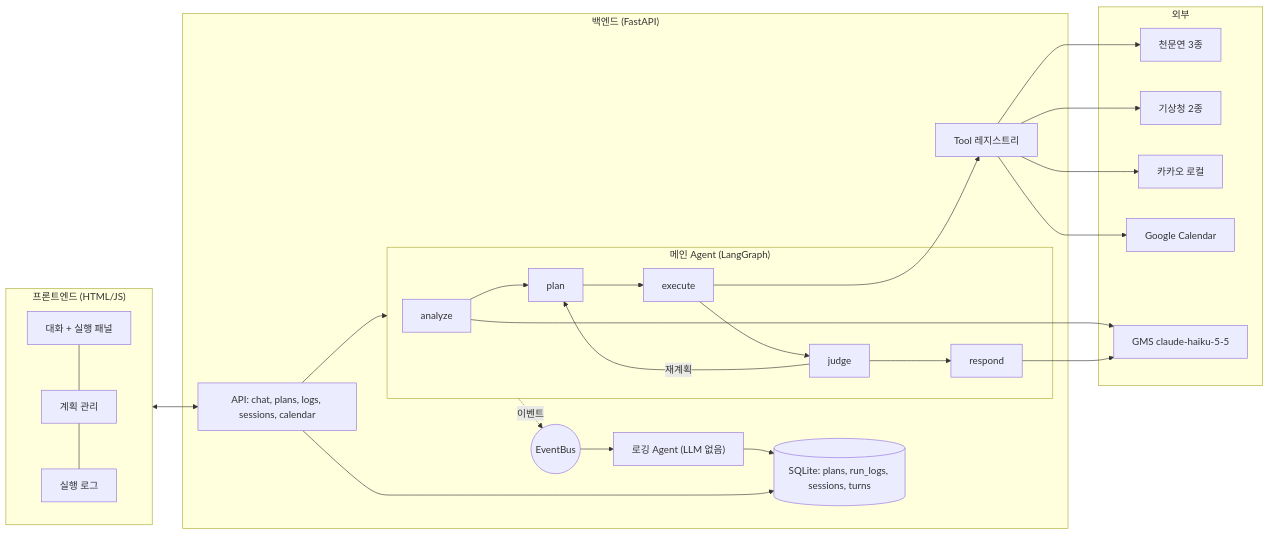
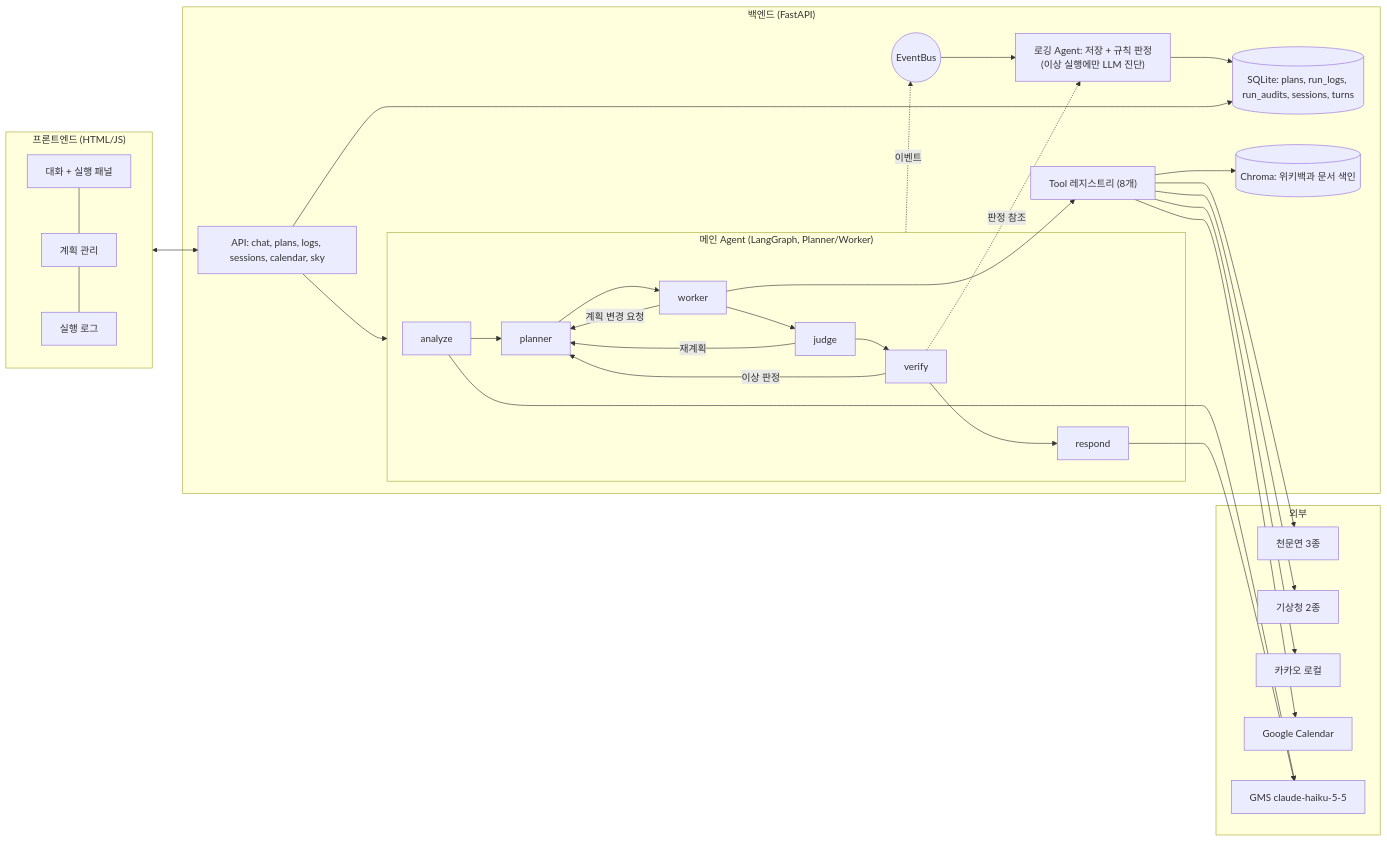
The diagram in README.md (bnbong/Astrowatch), drawn with Mermaid before and after one commit. The commit also changed other lines of this file and 91 other files, not shown here.

````diff
--- a/README.md
+++ b/README.md
@@ -82,29 +116,34 @@
 ```mermaid
 flowchart LR
   subgraph FE["프론트엔드 (HTML/JS)"]
     C["대화 + 실행 패널"] --- P["계획 관리"] --- L["실행 로그"]
   end
   subgraph BE["백엔드 (FastAPI)"]
-    API["API: chat, plans, logs, sessions, calendar"]
-    subgraph AG["메인 Agent (LangGraph)"]
-      A[analyze] --> PL[plan] --> E[execute] --> J[judge] --> R[respond]
+    API["API: chat, plans, logs, sessions, calendar, sky"]
+    subgraph AG["메인 Agent (LangGraph, Planner/Worker)"]
+      A[analyze] --> PL[planner] --> W[worker] --> J[judge] --> V[verify] --> R[respond]
       J -->|재계획| PL
+      W -->|계획 변경 요청| PL
+      V -->|이상 판정| PL
     end
-    REG["Tool 레지스트리"]
+    REG["Tool 레지스트리 (8개)"]
     BUS((EventBus))
-    LOG["로깅 Agent (LLM 없음)"]
-    DB[("SQLite: plans, run_logs, sessions, turns")]
+    LOG["로깅 Agent: 저장 + 규칙 판정<br/>(이상 실행에만 LLM 진단)"]
+    DB[("SQLite: plans, run_logs, run_audits, sessions, turns")]
+    IDX[("Chroma: 위키백과 문서 색인")]
   end
   subgraph EXT["외부"]
     K1["천문연 3종"]
     K2["기상청 2종"]
     K3["카카오 로컬"]
     K4["Google Calendar"]
     LLM["GMS claude-haiku-5-5"]
   end
   FE <--> API --> AG
-  E --> REG --> K1 & K2 & K3 & K4
+  W --> REG --> K1 & K2 & K3 & K4
+  REG --> IDX
   A & R --> LLM
   AG -. 이벤트 .-> BUS --> LOG --> DB
+  V -. 판정 참조 .-> LOG
   API --> DB
 ```
````
